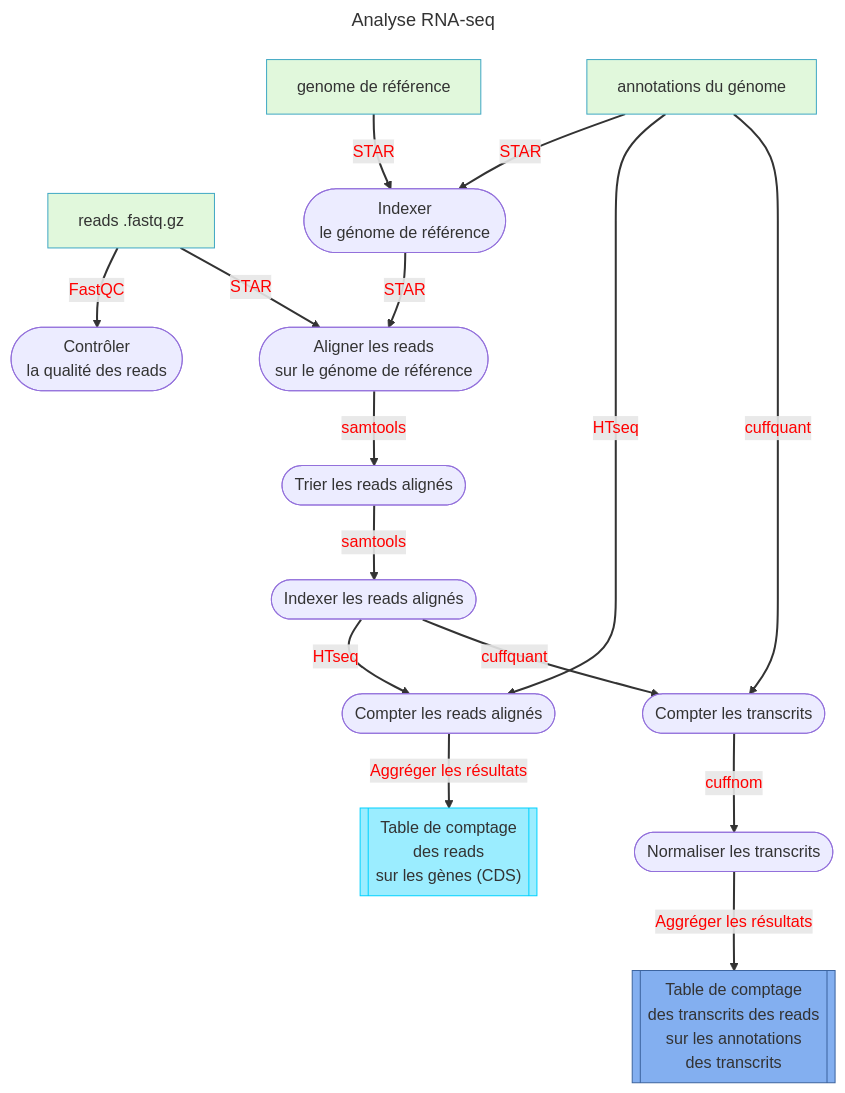
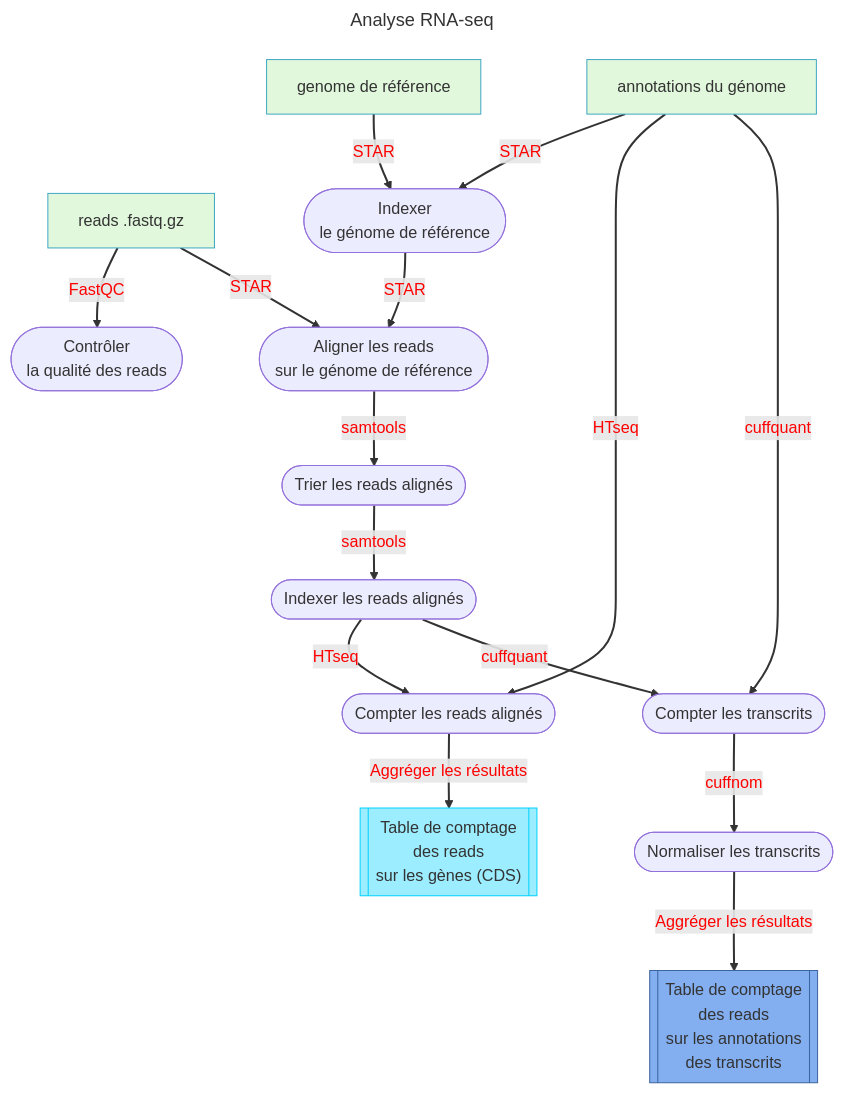
One commit to pierrepo/unix-tutorial changed the diagram in content/tuto2/schema.md. Above: the diagram before and after it, drawn with Mermaid.

`````diff
--- a/content/tuto2/schema.md
+++ b/content/tuto2/schema.md
@@ -3,47 +3,47 @@
 ````{mermaid}
 ---
 title: "Analyse RNA-seq"
 ---
 flowchart TB
 	read["reads .fastq.gz"]
     genome["genome de référence"]
     annotation["annotations du génome"]
 
     quality_control(["Contrôler <br/> la qualité des reads"])
     star_index(["Indexer <br/> le génome de référence"])
     star_map(["Aligner les reads <br/> sur le génome de référence"])
     samtools_sort(["Trier les reads alignés"])
     samtools_index(["Indexer les reads alignés"])
     htseq(["Compter les reads alignés"])
     cuffquant(["Compter les transcrits"])
     cuffnorm(["Normaliser les transcrits"])
 
     table_reads[["Table de comptage <br/> des reads <br /> sur les gènes (CDS)"]]
-    table_transcrits[["Table de comptage <br/> des transcrits des reads <br/> sur les annotations <br/> des transcrits"]]
+    table_transcrits[["Table de comptage <br/> des reads <br/> sur les annotations <br/> des transcrits"]]
 
     genome -->|"STAR"| star_index
     annotation -->|"STAR"| star_index
     
     read -->|"FastQC"| quality_control
     
     star_index -->|"STAR"| star_map
     read -->|"STAR"| star_map
 
     star_map -->|"samtools"| samtools_sort
     samtools_sort -->|"samtools"| samtools_index
 
     samtools_index -->|"HTseq"| htseq
     annotation -->|"HTseq"| htseq 
     samtools_index -->|"cuffquant"| cuffquant
     annotation -->|"cuffquant"| cuffquant
     cuffquant -->|"cuffnom"| cuffnorm
     cuffnorm -->|"Aggréger les résultats"| table_transcrits 
     htseq -->|"Aggréger les résultats"| table_reads
     
     linkStyle default stroke-width:2px,fill:none,color:red;
     style read fill:#E1F8DC,stroke:#40A8C4;
     style genome fill:#E1F8DC,stroke:#40A8C4;
     style annotation fill:#E1F8DC,stroke:#40A8C4;
     style table_reads fill:#9bedff,stroke:#00d2ff;
     style table_transcrits fill:#83aff0,stroke:#3c649f;
 ````
`````
